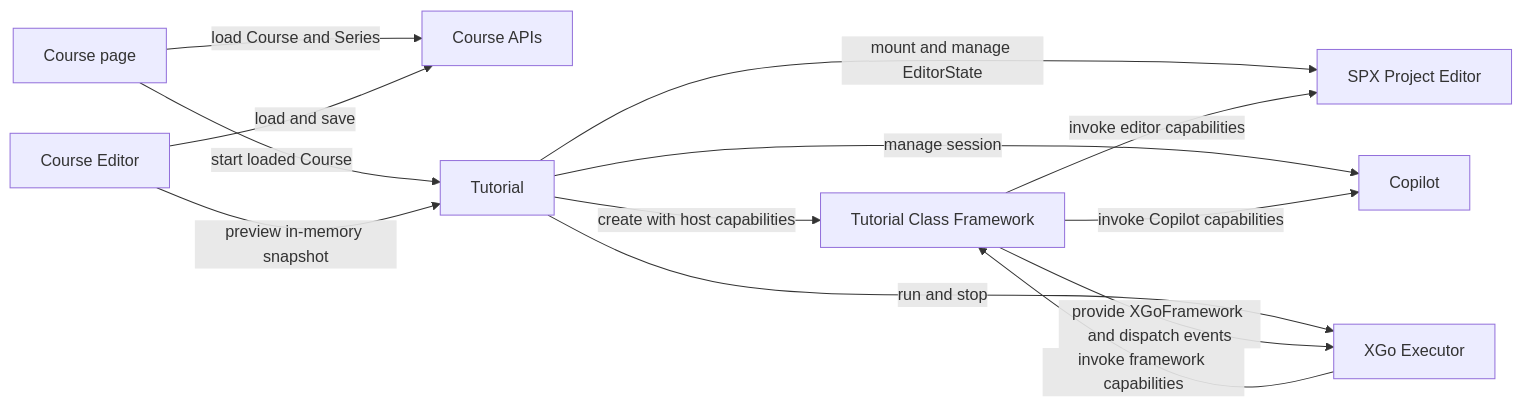
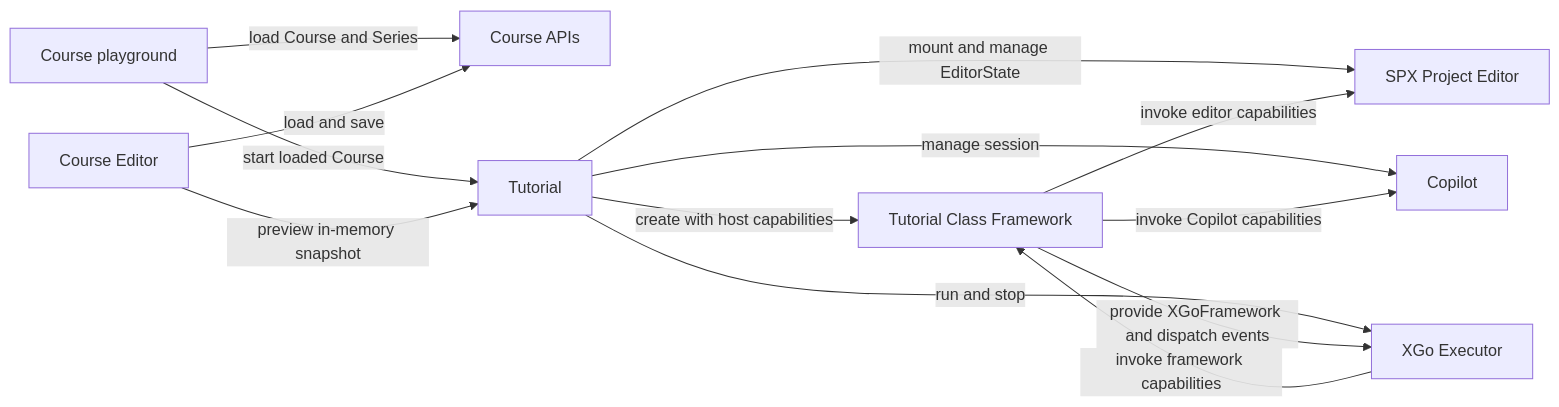
The diagram in docs/develop/playground-course/index.md (nighca/goplus-builder), drawn with Mermaid before and after one commit.

Commit message:
docs: name course playground entry

````diff
--- a/docs/develop/playground-course/index.md
+++ b/docs/develop/playground-course/index.md
@@ -93,18 +93,18 @@
 ```mermaid
 flowchart LR
-    CoursePage["Course page"] -->|load Course and Series| CourseApis["Course APIs"]
-    CoursePage -->|start loaded Course| Tutorial
+    CoursePlayground["Course playground"] -->|load Course and Series| CourseApis["Course APIs"]
+    CoursePlayground -->|start loaded Course| Tutorial
 
     CourseEditor["Course Editor"] -->|load and save| CourseApis
     CourseEditor -->|preview in-memory snapshot| Tutorial
 
     Tutorial -->|mount and manage EditorState| ProjectEditor["SPX Project Editor"]
     Tutorial -->|manage session| Copilot
     Tutorial -->|create with host capabilities| Framework["Tutorial Class Framework"]
     Tutorial -->|run and stop| Executor["XGo Executor"]
 
     Framework -->|provide XGoFramework and dispatch events| Executor
     Executor -->|invoke framework capabilities| Framework
     Framework -->|invoke editor capabilities| ProjectEditor
     Framework -->|invoke Copilot capabilities| Copilot
 ```
````
